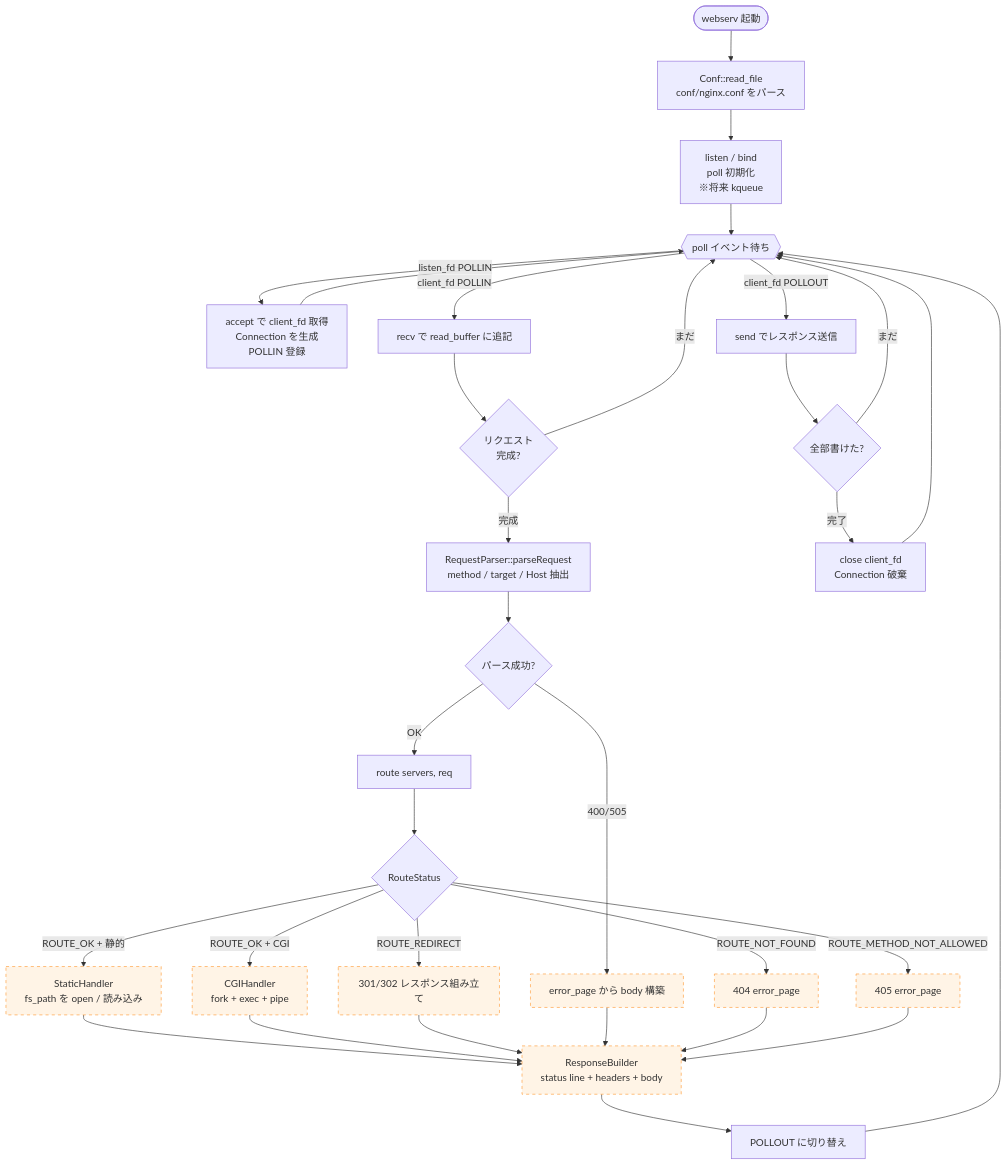
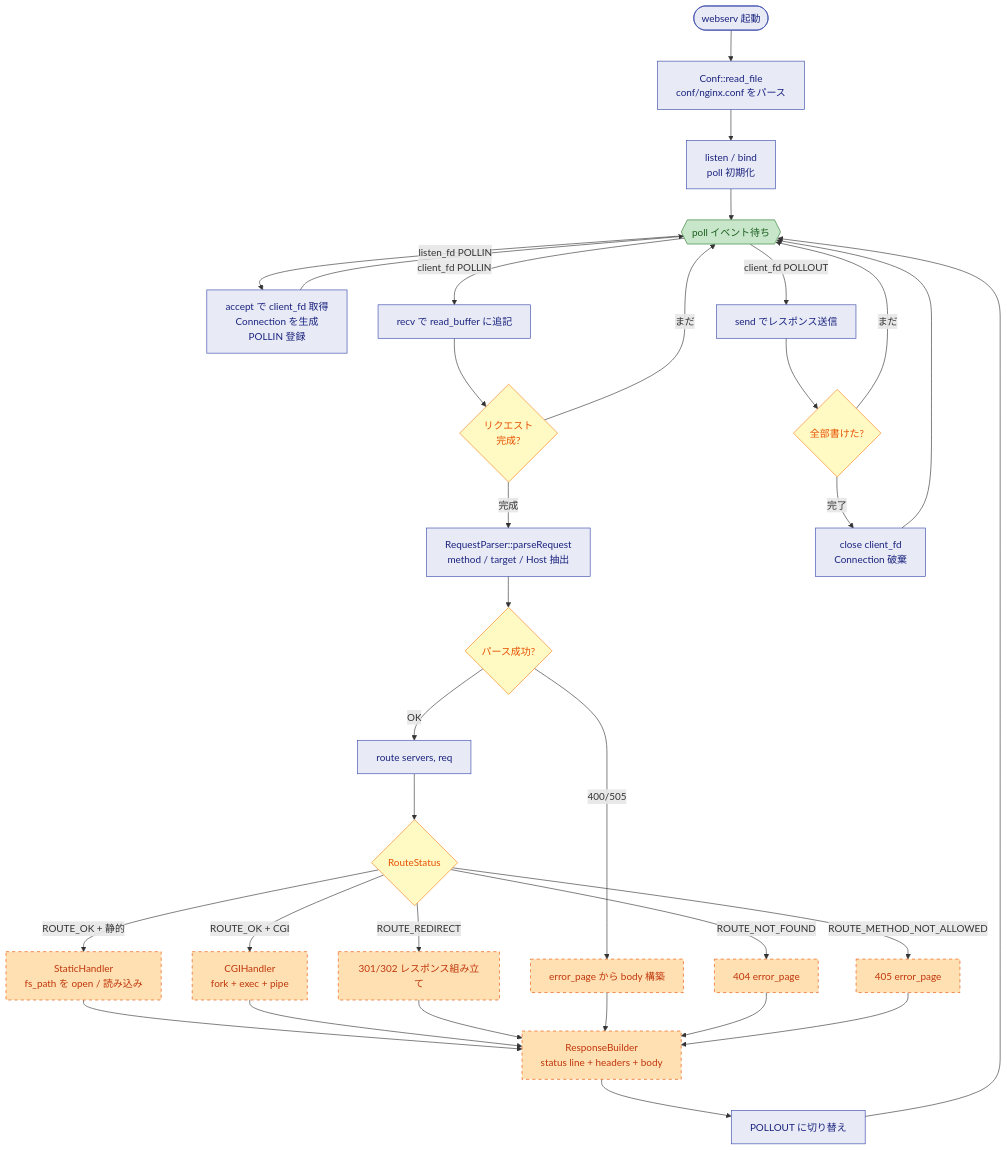
Before and after one commit to Hen00af/irc-platform: the first of 2 diagrams in docs/design.md, drawn with Mermaid. The commit also changed other lines of this file, not shown here.

First line of the commit message:
docs(design): translate labels to JP, color boxes, drop kqueue claims

````diff
--- a/docs/design.md
+++ b/docs/design.md
@@ -18,45 +18,50 @@
 ```mermaid
 flowchart TD
     Start([webserv 起動]) --> ParseConf[Conf::read_file<br/>conf/nginx.conf をパース]
-    ParseConf --> Bind[listen / bind<br/>poll 初期化<br/>※将来 kqueue]
+    ParseConf --> Bind[listen / bind<br/>poll 初期化]
     Bind --> Loop{{poll イベント待ち}}
 
     Loop -->|listen_fd POLLIN| Accept[accept で client_fd 取得<br/>Connection を生成<br/>POLLIN 登録]
     Accept --> Loop
 
     Loop -->|client_fd POLLIN| Read[recv で read_buffer に追記]
     Read --> Done{リクエスト<br/>完成?}
     Done -->|まだ| Loop
 
     Done -->|完成| Parse[RequestParser::parseRequest<br/>method / target / Host 抽出]
     Parse --> ParseOK{パース成功?}
     ParseOK -->|400/505| MakeErr1[error_page から body 構築]
     ParseOK -->|OK| Route[route servers, req]
 
     Route --> Branch{RouteStatus}
 
     Branch -->|ROUTE_OK + 静的| Static[StaticHandler<br/>fs_path を open / 読み込み]
     Branch -->|ROUTE_OK + CGI| Cgi[CGIHandler<br/>fork + exec + pipe]
     Branch -->|ROUTE_REDIRECT| Redir[301/302 レスポンス組み立て]
     Branch -->|ROUTE_NOT_FOUND| MakeErr2[404 error_page]
     Branch -->|ROUTE_METHOD_NOT_ALLOWED| MakeErr3[405 error_page]
 
     Static --> Build[ResponseBuilder<br/>status line + headers + body]
     Cgi --> Build
     Redir --> Build
     MakeErr1 --> Build
     MakeErr2 --> Build
     MakeErr3 --> Build
 
     Build --> SwitchWrite[POLLOUT に切り替え]
     SwitchWrite --> Loop
 
     Loop -->|client_fd POLLOUT| Write[send でレスポンス送信]
     Write --> WriteDone{全部書けた?}
     WriteDone -->|まだ| Loop
     WriteDone -->|完了| Close[close client_fd<br/>Connection 破棄]
     Close --> Loop
 
-    classDef planned fill:#fff4e6,stroke:#ff9933,stroke-dasharray: 5 5
+    classDef default fill:#e8eaf6,stroke:#3949ab,color:#1a237e
+    classDef decision fill:#fff9c4,stroke:#f57f17,color:#e65100
+    classDef planned fill:#ffe0b2,stroke:#e65100,color:#bf360c,stroke-dasharray: 5 5
+    classDef loop fill:#c8e6c9,stroke:#2e7d32,color:#1b5e20
     class Cgi,Redir,MakeErr1,MakeErr2,MakeErr3,Build,Static planned
+    class Done,ParseOK,Branch,WriteDone decision
+    class Loop loop
 ```
````
